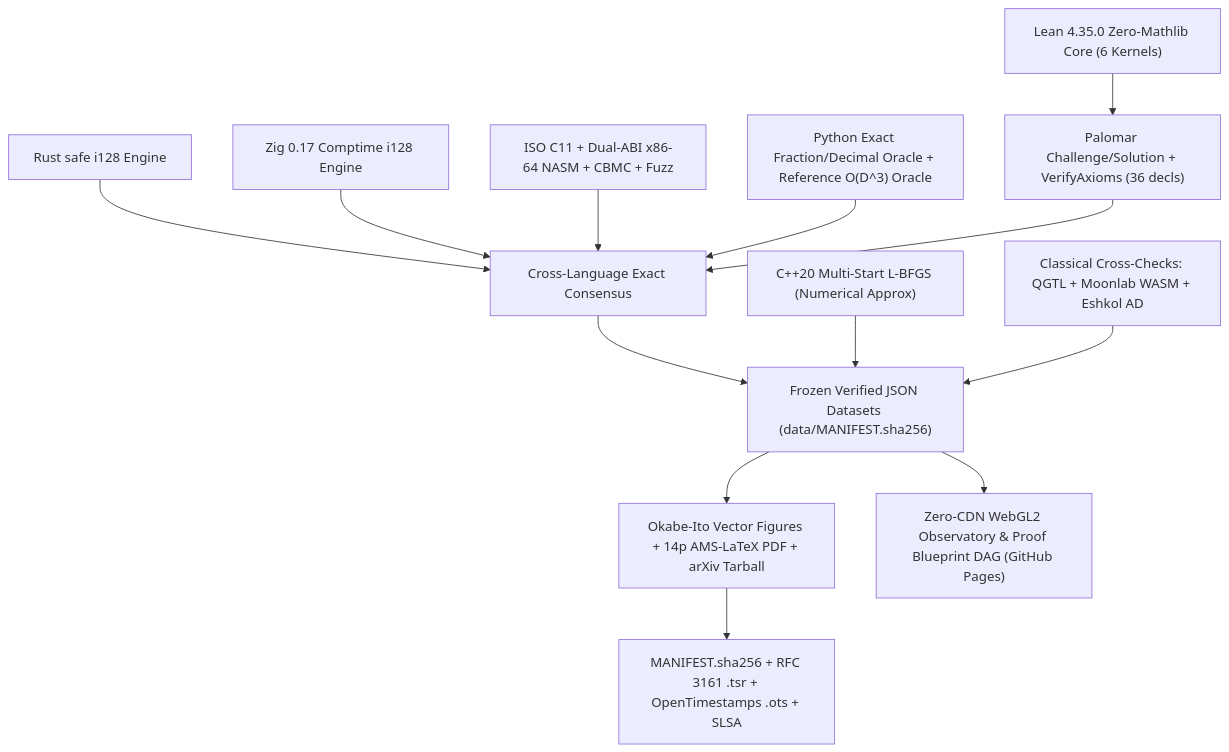
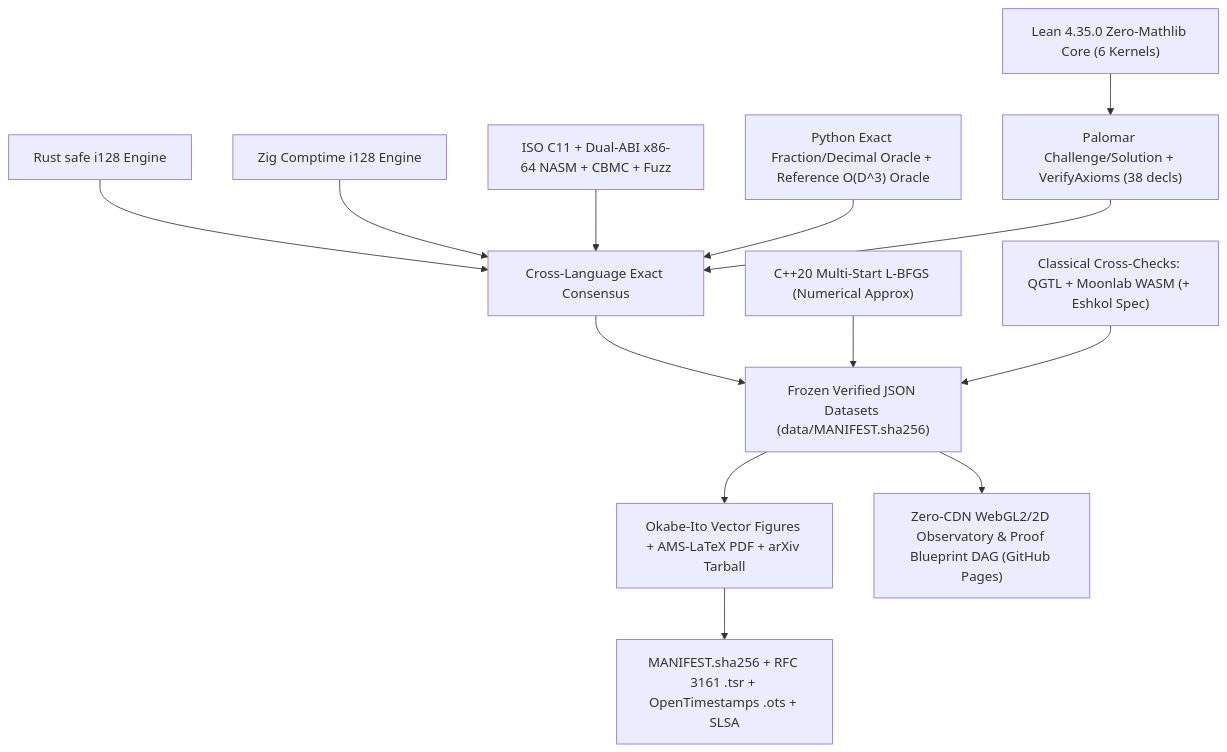
One commit to 0thernes/weyl-magic-obstruction-frontier changed the diagram in docs/architecture.md. Above: the diagram before and after it, drawn with Mermaid. The commit also changed other lines of this file and 60 other files, not shown here.

````diff
--- a/docs/architecture.md
+++ b/docs/architecture.md
@@ -8,15 +8,15 @@
 ```mermaid
 flowchart TD
-    L["Lean 4.35.0 Zero-Mathlib Core (6 Kernels)"] --> PA["Palomar Challenge/Solution + VerifyAxioms (36 decls)"]
+    L["Lean 4.35.0 Zero-Mathlib Core (6 Kernels)"] --> PA["Palomar Challenge/Solution + VerifyAxioms (38 decls)"]
     R["Rust safe i128 Engine"] --> X["Cross-Language Exact Consensus"]
-    Z["Zig 0.17 Comptime i128 Engine"] --> X
+    Z["Zig Comptime i128 Engine"] --> X
     C["ISO C11 + Dual-ABI x86-64 NASM + CBMC + Fuzz"] --> X
     P["Python Exact Fraction/Decimal Oracle + Reference O(D^3) Oracle"] --> X
     PA --> X
     X --> D["Frozen Verified JSON Datasets (data/MANIFEST.sha256)"]
     CPP["C++20 Multi-Start L-BFGS (Numerical Approx)"] --> D
-    Q["Classical Cross-Checks: QGTL + Moonlab WASM + Eshkol AD"] --> D
-    D --> F["Okabe-Ito Vector Figures + 14p AMS-LaTeX PDF + arXiv Tarball"]
-    D --> W["Zero-CDN WebGL2 Observatory & Proof Blueprint DAG (GitHub Pages)"]
+    Q["Classical Cross-Checks: QGTL + Moonlab WASM (+ Eshkol Spec)"] --> D
+    D --> F["Okabe-Ito Vector Figures + AMS-LaTeX PDF + arXiv Tarball"]
+    D --> W["Zero-CDN WebGL2/2D Observatory & Proof Blueprint DAG (GitHub Pages)"]
     F --> M["MANIFEST.sha256 + RFC 3161 .tsr + OpenTimestamps .ots + SLSA"]
 ```
````
